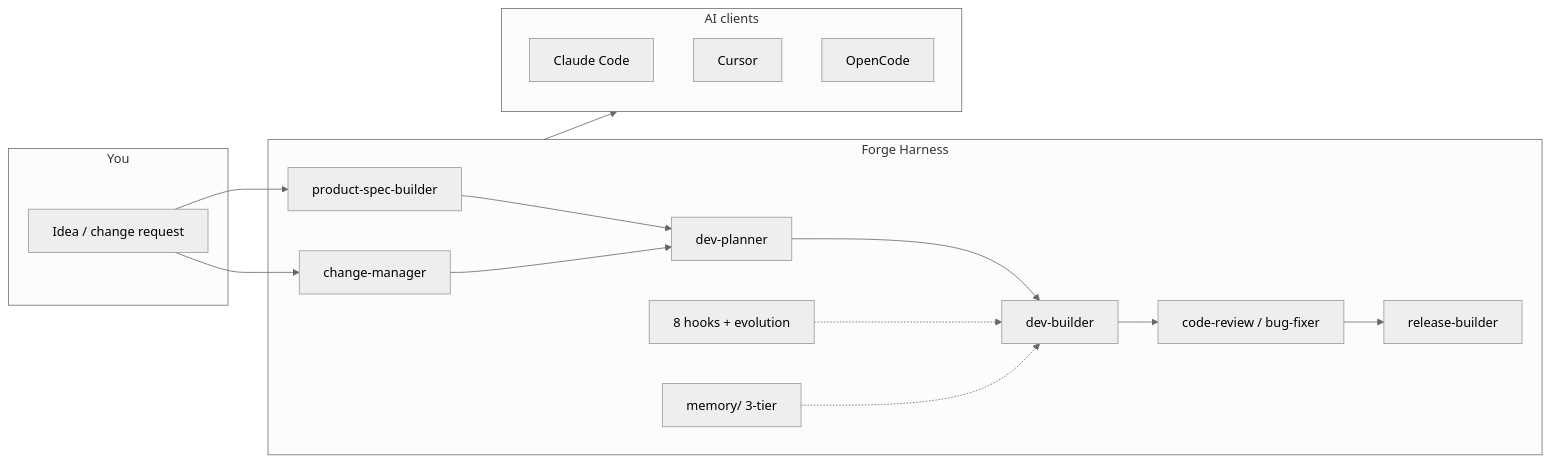
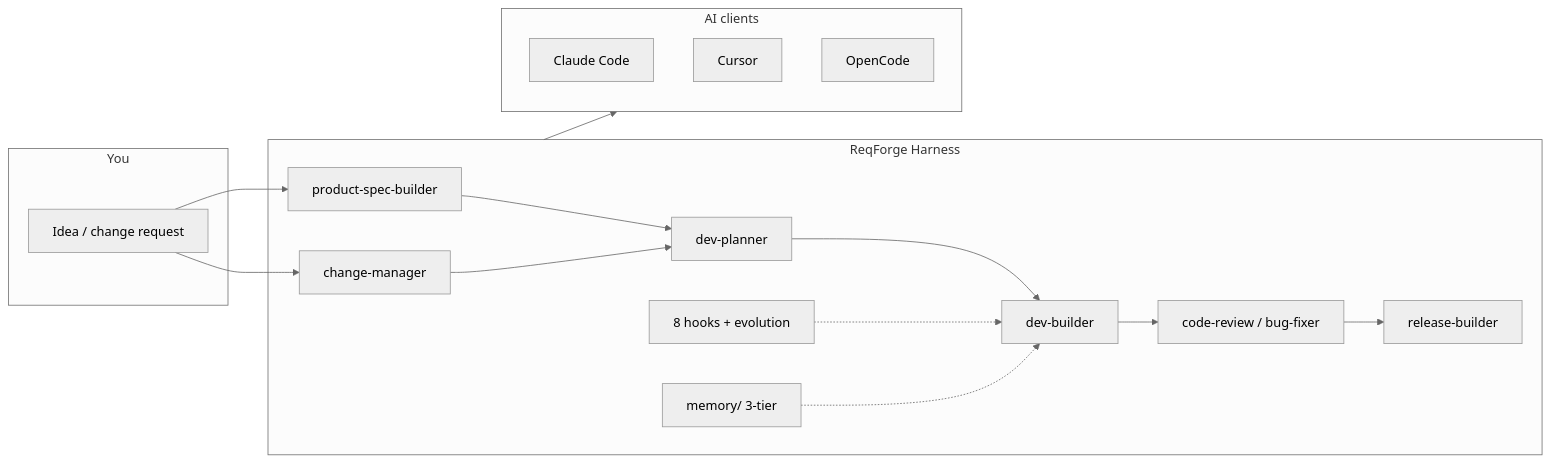
One commit to zxpmail/ReqForge changed the diagram in README.md. Above: the diagram before and after it, drawn with Mermaid (neutral theme). The commit also changed other lines of this file and 8 other files, not shown here.

````diff
--- a/README.md
+++ b/README.md
@@ -15,34 +15,34 @@
 ```mermaid
 flowchart LR
   subgraph inputs [You]
     Idea[Idea / change request]
   end
 
-  subgraph forge [Forge Harness]
+  subgraph forge [ReqForge Harness]
     Spec[product-spec-builder]
     Chg[change-manager]
     Plan[dev-planner]
     Build[dev-builder]
     Rev[code-review / bug-fixer]
     Rel[release-builder]
     Hooks[8 hooks + evolution]
     Mem[memory/ 3-tier]
   end
 
   subgraph clients [AI clients]
     CC[Claude Code]
     CU[Cursor]
     OC[OpenCode]
   end
 
   Idea --> Spec
   Spec --> Plan
   Idea --> Chg
   Chg --> Plan
   Plan --> Build
   Build --> Rev
   Rev --> Rel
   Hooks -.-> Build
   Mem -.-> Build
   forge --> clients
 ```
````
